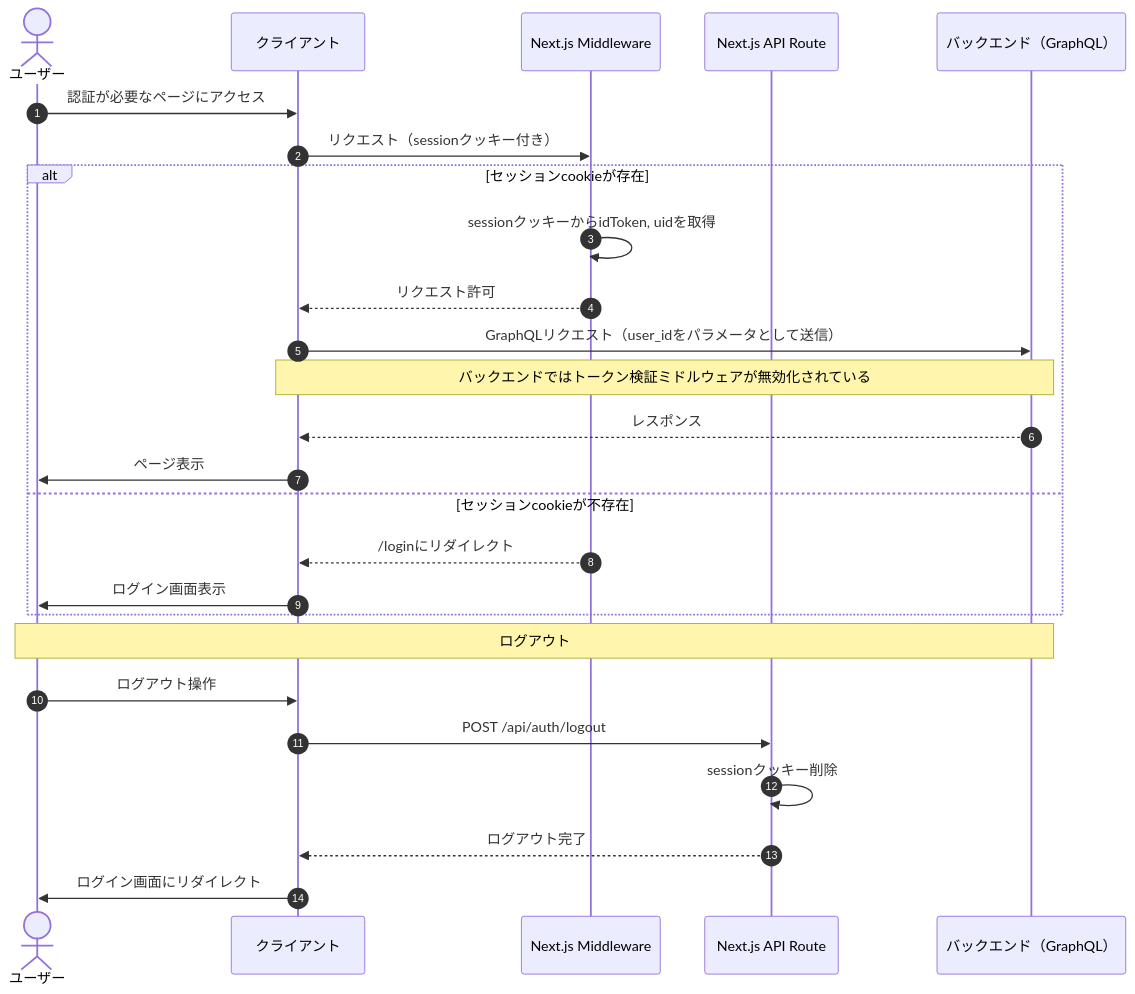
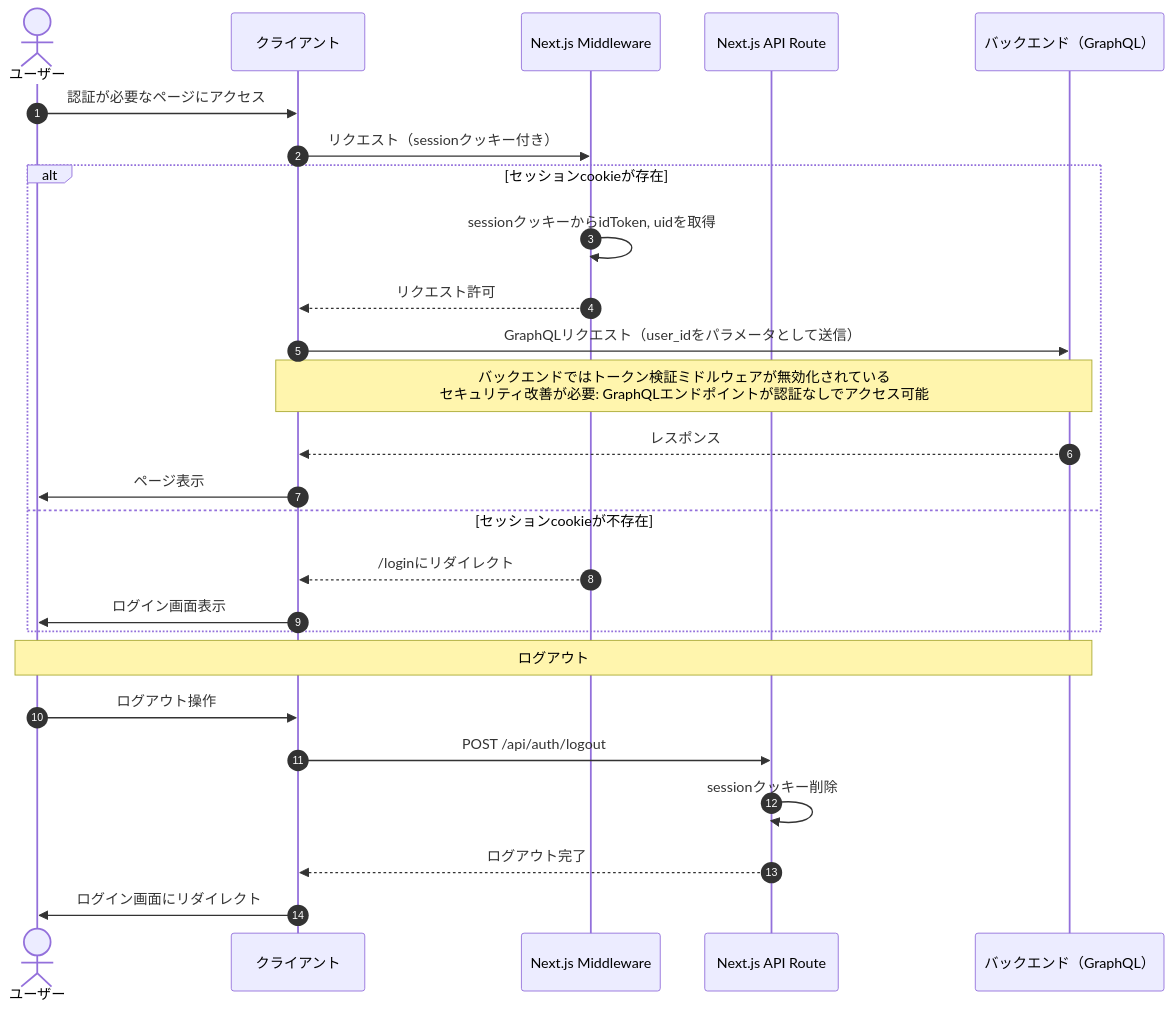
Before and after one commit to sc-hosokawa/frienda: the second of 13 diagrams in docs/sequence-diagrams.md, drawn with Mermaid.

Commit message:
docs: 認証フローにセキュリティリスクの警告を追加
バックエンドのトークン検証無効化がセキュリティリスクである旨を
Noteで明記し、GraphQLエンドポイントが認証なしでアクセス可能な
ことを将来の開発者に警告。

````diff
--- a/docs/sequence-diagrams.md
+++ b/docs/sequence-diagrams.md
@@ -91,34 +91,34 @@
 ```mermaid
 sequenceDiagram
     autonumber
 
     actor ユーザー
     participant クライアント
     participant Middleware as Next.js Middleware
     participant NextJS as Next.js API Route
     participant バックエンド as バックエンド（GraphQL）
 
     ユーザー->>クライアント: 認証が必要なページにアクセス
     クライアント->>Middleware: リクエスト（sessionクッキー付き）
 
     alt セッションcookieが存在
         Middleware->>Middleware: sessionクッキーからidToken, uidを取得
         Middleware-->>クライアント: リクエスト許可
 
         クライアント->>バックエンド: GraphQLリクエスト（user_idをパラメータとして送信）
-        Note over クライアント, バックエンド: バックエンドではトークン検証ミドルウェアが無効化されている
+        Note over クライアント, バックエンド: バックエンドではトークン検証ミドルウェアが無効化されている<br/>セキュリティ改善が必要: GraphQLエンドポイントが認証なしでアクセス可能
         バックエンド-->>クライアント: レスポンス
         クライアント->>ユーザー: ページ表示
 
     else セッションcookieが不存在
         Middleware-->>クライアント: /loginにリダイレクト
         クライアント->>ユーザー: ログイン画面表示
     end
 
     Note over ユーザー, バックエンド: ログアウト
     ユーザー->>クライアント: ログアウト操作
     クライアント->>NextJS: POST /api/auth/logout
     NextJS->>NextJS: sessionクッキー削除
     NextJS-->>クライアント: ログアウト完了
     クライアント->>ユーザー: ログイン画面にリダイレクト
 ```
````
